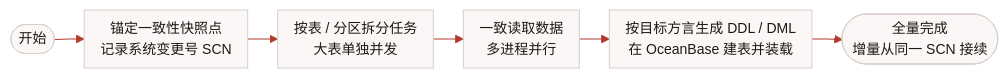
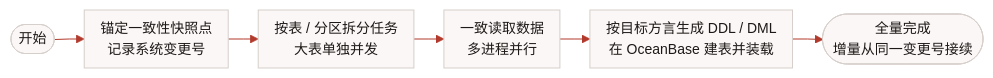
Before and after one commit to 9bridges/fzs-slides: the fifth of 8 diagrams in huajin-202610.md, drawn with Mermaid. The commit also changed other lines of this file, not shown here.

````diff
--- a/huajin-202610.md
+++ b/huajin-202610.md
@@ -922,9 +922,9 @@
 ```mermaid
 %%{init: {'theme':'base','flowchart': {'nodeSpacing': 22, 'rankSpacing': 30, 'padding': 8, 'curve': 'linear'}, 'themeVariables':{'primaryColor':'#fbf7f6','primaryTextColor':'#1c1917','primaryBorderColor':'#d6cfcb','lineColor':'#b23a2c','fontFamily':'Kaiti SC, KaiTi, serif','fontSize':'14px'}}}%%
 flowchart LR
-  A([开始]) --> B["锚定一致性快照点<br/>记录系统变更号 SCN"]
+  A([开始]) --> B["锚定一致性快照点<br/>记录系统变更号"]
   B --> C["按表 / 分区拆分任务<br/>大表单独并发"]
   C --> D["一致读取数据<br/>多进程并行"]
   D --> E["按目标方言生成 DDL / DML<br/>在 OceanBase 建表并装载"]
-  E --> F([全量完成<br/>增量从同一 SCN 接续])
+  E --> F([全量完成<br/>增量从同一变更号接续])
 ```
````
